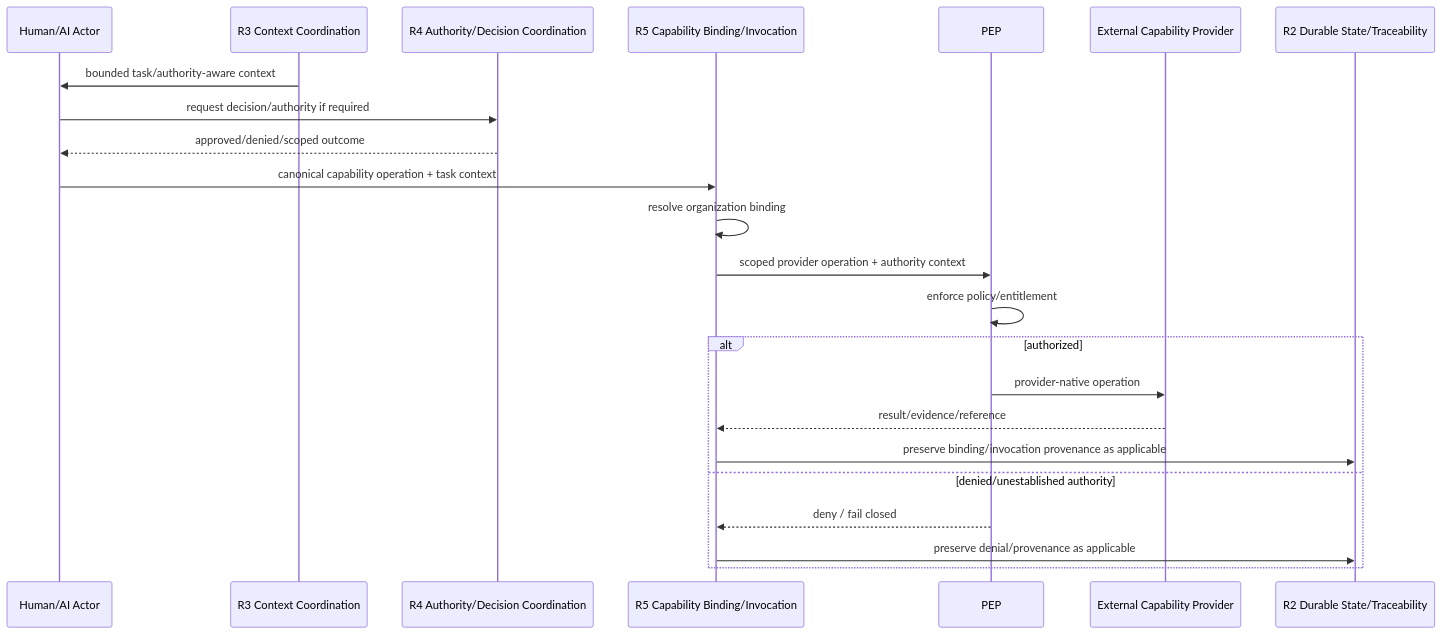
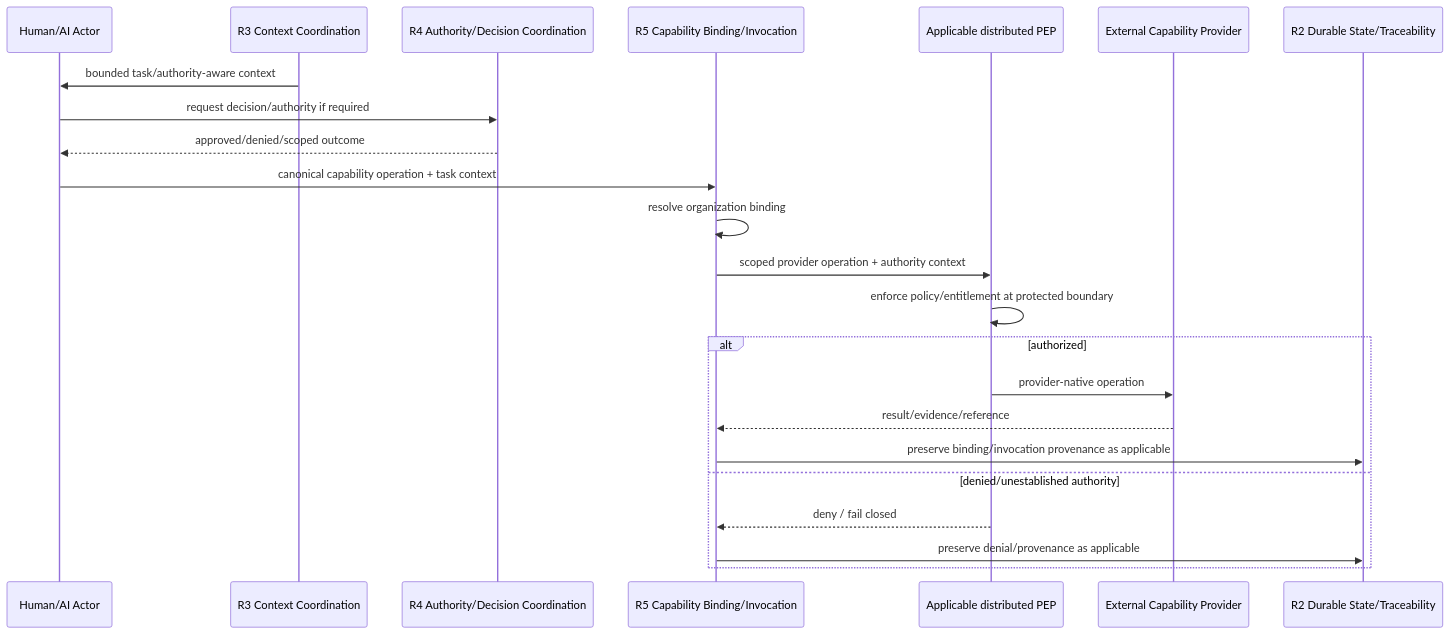
Before and after one commit to jbrauhn/agentic-engineering-system: the second of 3 diagrams in L1-B_LOGICAL_RESPONSIBILITY_ARCHITECTURE.md, drawn with Mermaid. The commit also changed other lines of this file, not shown here.

Commit message:
Clarify distributed PEP representation

````diff
--- a/L1-B_LOGICAL_RESPONSIBILITY_ARCHITECTURE.md
+++ b/L1-B_LOGICAL_RESPONSIBILITY_ARCHITECTURE.md
@@ -96,26 +98,26 @@
 ```mermaid
 sequenceDiagram
     participant A as Human/AI Actor
     participant C as R3 Context Coordination
     participant D as R4 Authority/Decision Coordination
     participant B as R5 Capability Binding/Invocation
-    participant P as PEP
+    participant P as Applicable distributed PEP
     participant E as External Capability Provider
     participant S as R2 Durable State/Traceability
 
     C->>A: bounded task/authority-aware context
     A->>D: request decision/authority if required
     D-->>A: approved/denied/scoped outcome
     A->>B: canonical capability operation + task context
     B->>B: resolve organization binding
     B->>P: scoped provider operation + authority context
-    P->>P: enforce policy/entitlement
+    P->>P: enforce policy/entitlement at protected boundary
     alt authorized
         P->>E: provider-native operation
         E-->>B: result/evidence/reference
         B->>S: preserve binding/invocation provenance as applicable
     else denied/unestablished authority
         P-->>B: deny / fail closed
         B->>S: preserve denial/provenance as applicable
     end
 ```
````
